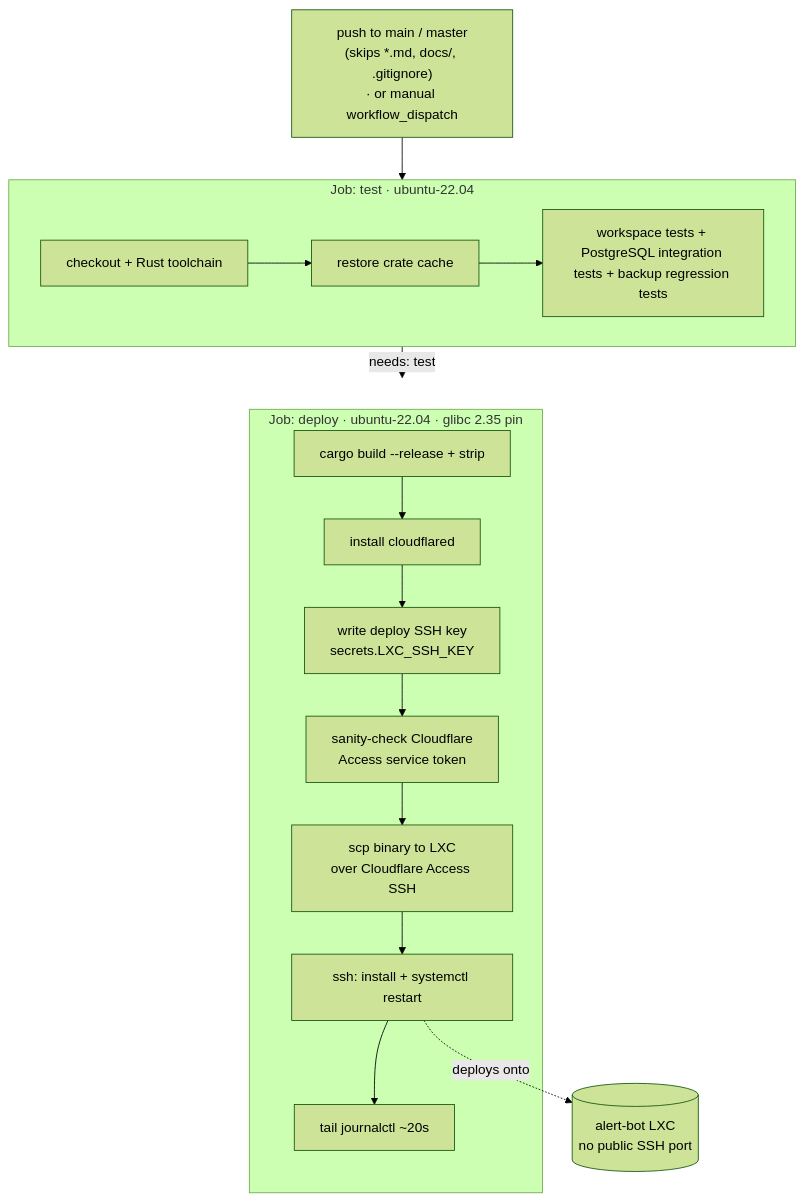
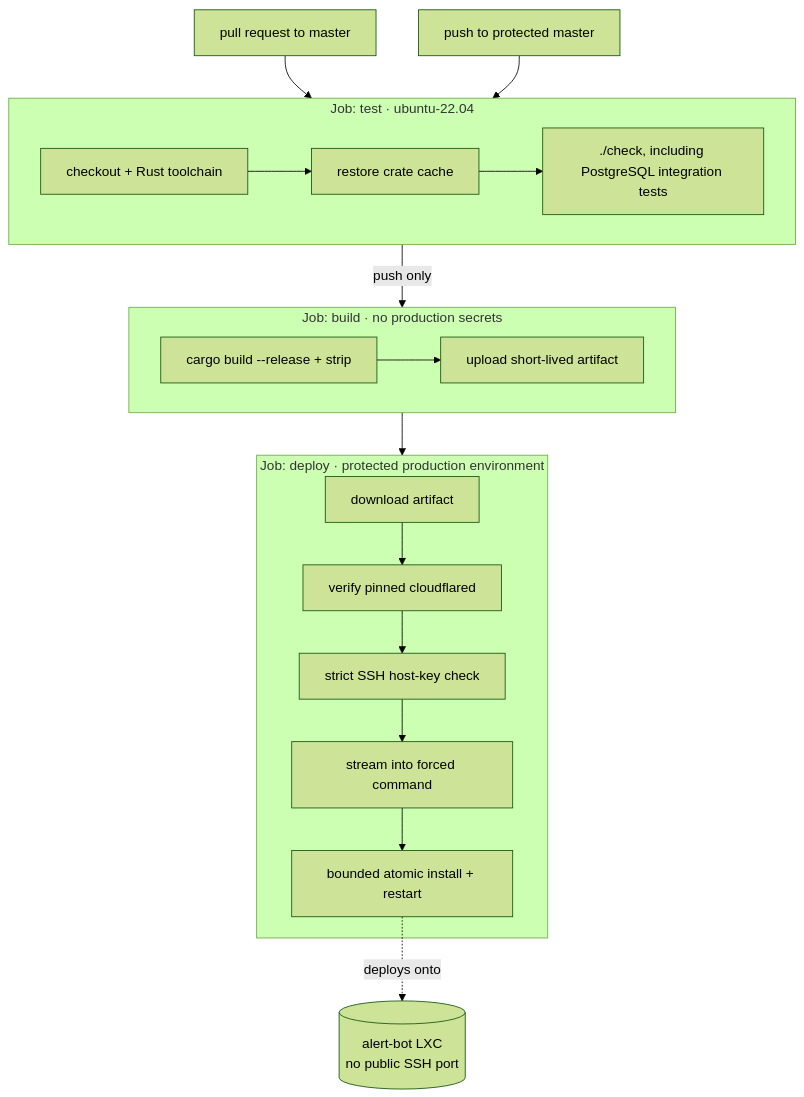
Before and after one commit to Tunduval/alert-bot-rs: the second of 2 diagrams in README.md, drawn with Mermaid (forest theme). The commit also changed other lines of this file and 5 other files, not shown here.

````diff
--- a/README.md
+++ b/README.md
@@ -367,22 +515,27 @@
 ```mermaid
 flowchart TD
-    trig["push to main / master<br/>(skips *.md, docs/, .gitignore)<br/>· or manual workflow_dispatch"] --> test
+    pr["pull request to master"] --> test
+    push["push to protected master"] --> test
 
     subgraph test["Job: test · ubuntu-22.04"]
         t1[checkout + Rust toolchain] --> t2[restore crate cache]
-        t2 --> t3["workspace tests + PostgreSQL integration tests + backup regression tests"]
+        t2 --> t3["./check, including PostgreSQL integration tests"]
     end
 
-    test -->|"needs: test"| deploy
+    test -->|"push only"| build
 
-    subgraph deploy["Job: deploy · ubuntu-22.04 · glibc 2.35 pin"]
-        d1["cargo build --release + strip"] --> d2[install cloudflared]
-        d2 --> d3["write deploy SSH key<br/>secrets.LXC_SSH_KEY"]
-        d3 --> d4["sanity-check Cloudflare<br/>Access service token"]
-        d4 --> d5["scp binary to LXC<br/>over Cloudflare Access SSH"]
-        d5 --> d6["ssh: install + systemctl restart"]
-        d6 --> d7["tail journalctl ~20s"]
+    subgraph build["Job: build · no production secrets"]
+        b1["cargo build --release + strip"] --> b2["upload short-lived artifact"]
     end
 
-    d6 -.->|deploys onto| host[("alert-bot LXC<br/>no public SSH port")]
+    build --> deploy
+
+    subgraph deploy["Job: deploy · protected production environment"]
+        d1["download artifact"] --> d2["verify pinned cloudflared"]
+        d2 --> d3["strict SSH host-key check"]
+        d3 --> d4["stream into forced command"]
+        d4 --> d5["bounded atomic install + restart"]
+    end
+
+    d5 -.->|deploys onto| host[("alert-bot LXC<br/>no public SSH port")]
 ```
````
